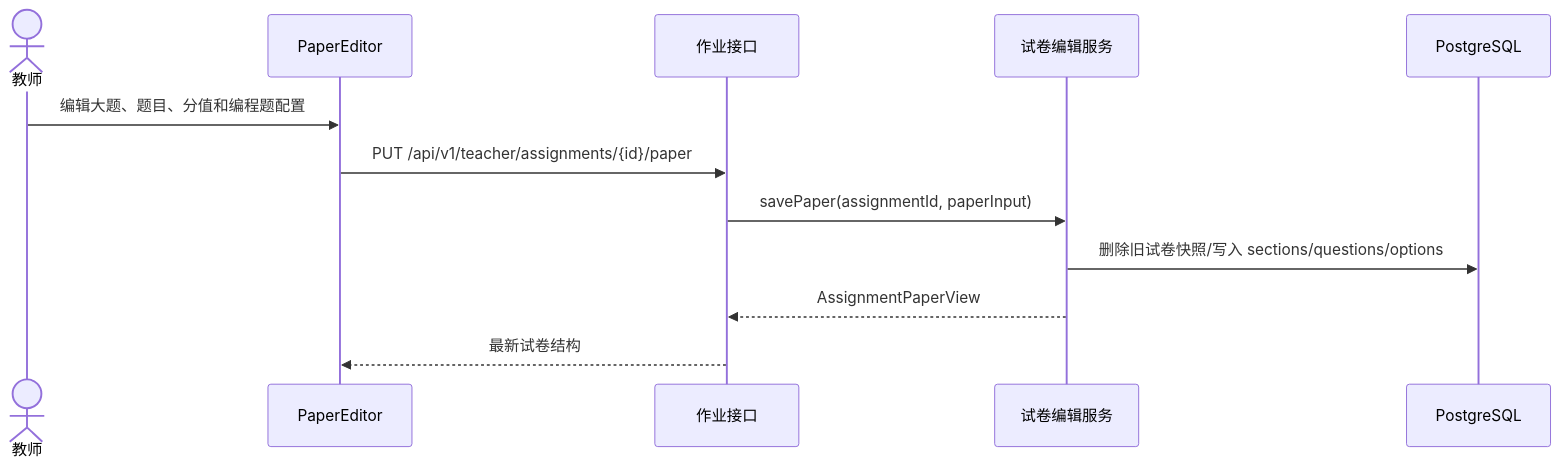
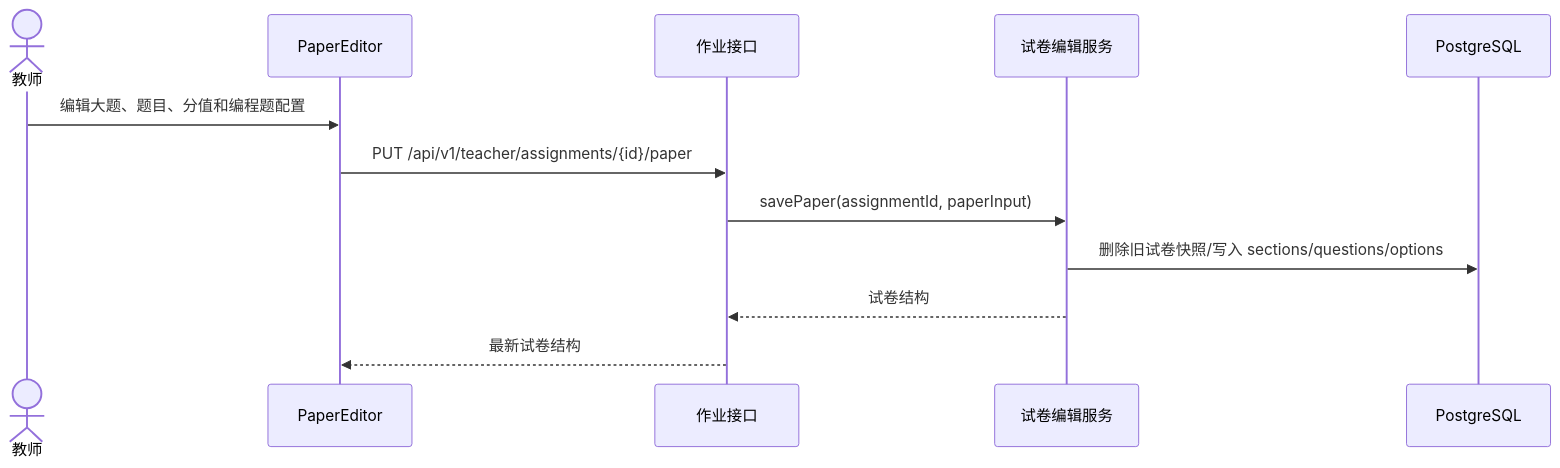
The tenth of 36 diagrams in 02-process-docs/detailed-design.md (BUAA-SEProject/docs), drawn with Mermaid before and after one commit. The commit also changed other lines of this file and 3 other files, not shown here.

````diff
--- a/02-process-docs/detailed-design.md
+++ b/02-process-docs/detailed-design.md
@@ -276,15 +276,15 @@
 ```mermaid
 sequenceDiagram
   actor T as 教师
   participant W as PaperEditor
   participant C as 作业接口
   participant S as 试卷编辑服务
   participant DB as PostgreSQL
 
   T->>W: 编辑大题、题目、分值和编程题配置
   W->>C: PUT /api/v1/teacher/assignments/{id}/paper
   C->>S: savePaper(assignmentId, paperInput)
   S->>DB: 删除旧试卷快照/写入 sections/questions/options
-  S-->>C: AssignmentPaperView
+  S-->>C: 试卷结构
   C-->>W: 最新试卷结构
 ```
````
